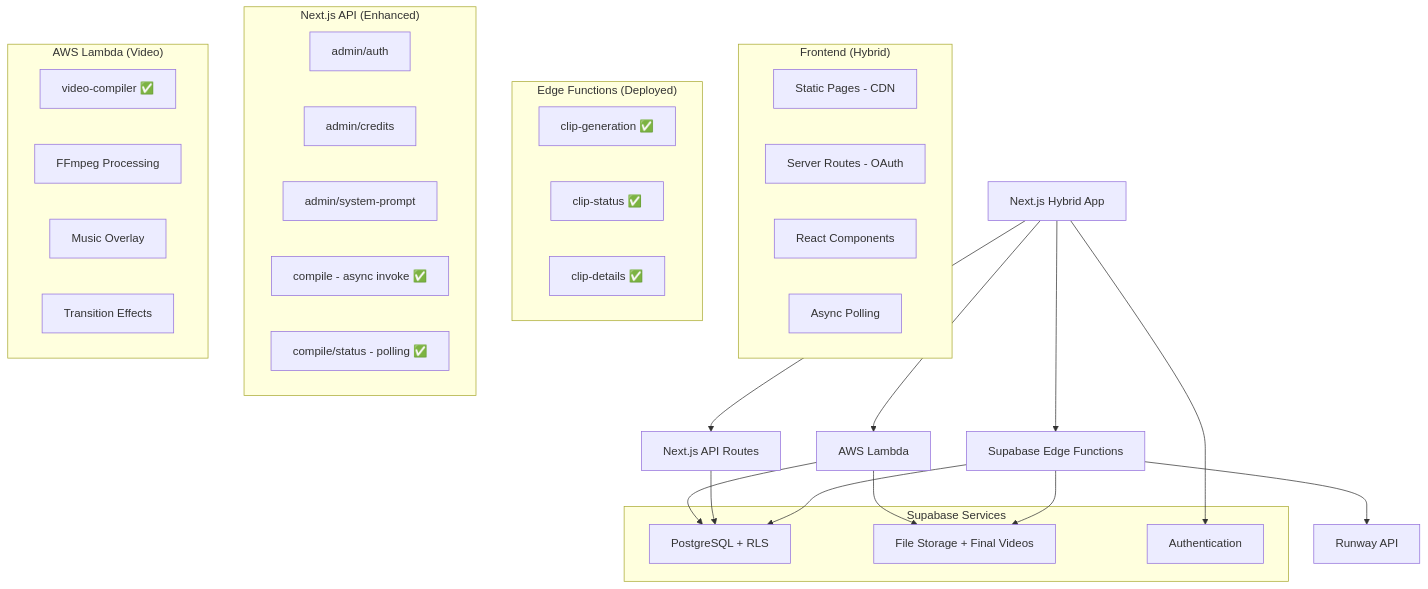
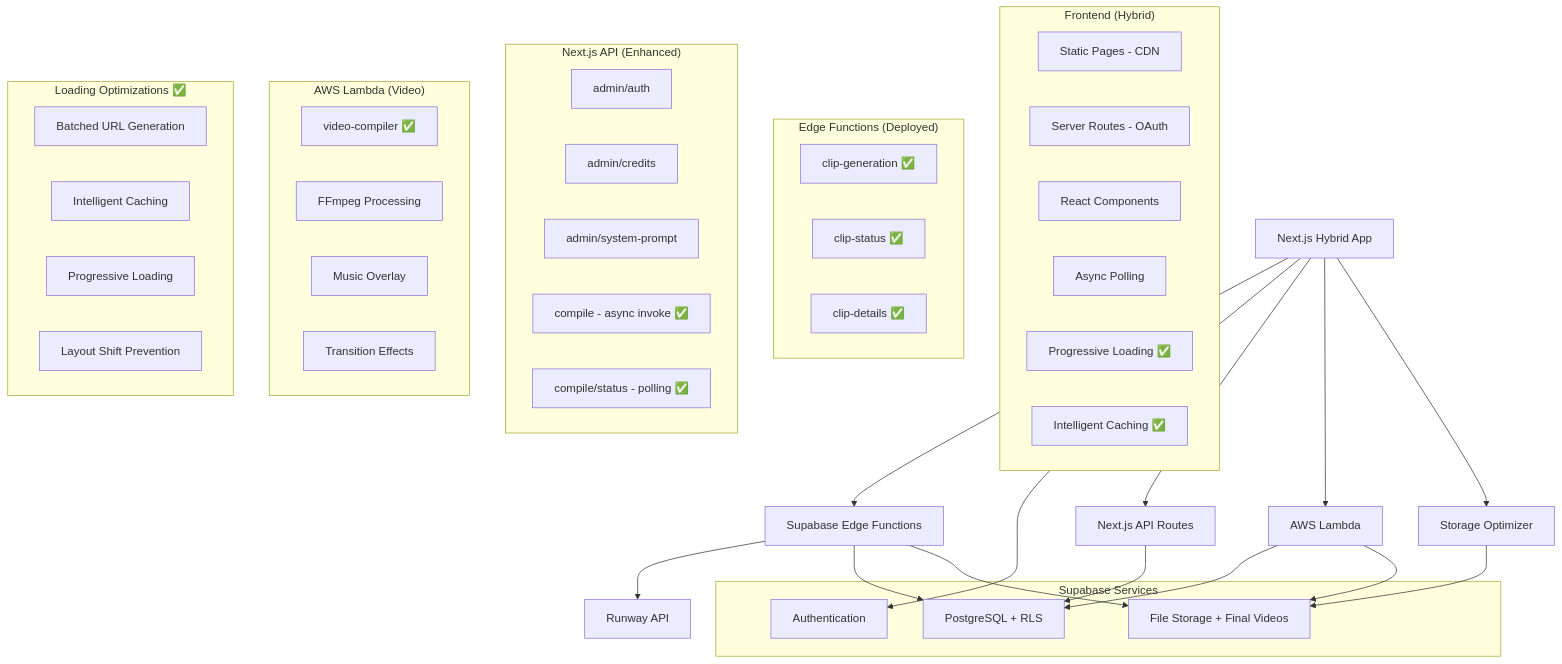
Before and after one commit to SagieGrun/echoes-video-creator: the diagram in memory-bank/systemPatterns.md, drawn with Mermaid. The commit also changed other lines of this file and 21 other files, not shown here.

First line of the commit message:
Fix video URL generation for newly created clips

````diff
--- a/memory-bank/systemPatterns.md
+++ b/memory-bank/systemPatterns.md
@@ -5,47 +5,58 @@
 ```mermaid
 flowchart TD
     A[Next.js Hybrid App] --> B[Supabase Edge Functions]
     B --> C[Runway API]
     B --> D[Supabase Database]
     B --> E[Supabase Storage]
     A --> F[Supabase Auth]
     A --> G[Next.js API Routes]
     G --> D
     A --> H[AWS Lambda]
     H --> D
     H --> E
+    A --> I[Storage Optimizer]
+    I --> E
     
     subgraph "Frontend (Hybrid)"
         A1[Static Pages - CDN]
         A2[Server Routes - OAuth]
         A3[React Components]
         A4[Async Polling]
+        A5[Progressive Loading ✅]
+        A6[Intelligent Caching ✅]
     end
     
     subgraph "Edge Functions (Deployed)"
         B1[clip-generation ✅]
         B2[clip-status ✅]
         B3[clip-details ✅]
     end
     
     subgraph "Next.js API (Enhanced)"
         G1[admin/auth]
         G2[admin/credits]
         G3[admin/system-prompt]
         G4[compile - async invoke ✅]
         G5[compile/status - polling ✅]
     end
     
     subgraph "AWS Lambda (Video)"
         H1[video-compiler ✅]
         H2[FFmpeg Processing]
         H3[Music Overlay]
         H4[Transition Effects]
     end
     
+    subgraph "Loading Optimizations ✅"
+        I1[Batched URL Generation]
+        I2[Intelligent Caching]
+        I3[Progressive Loading]
+        I4[Layout Shift Prevention]
+    end
+    
     subgraph "Supabase Services"
         D[PostgreSQL + RLS]
         E[File Storage + Final Videos]
         F[Authentication]
     end
 ```
````
